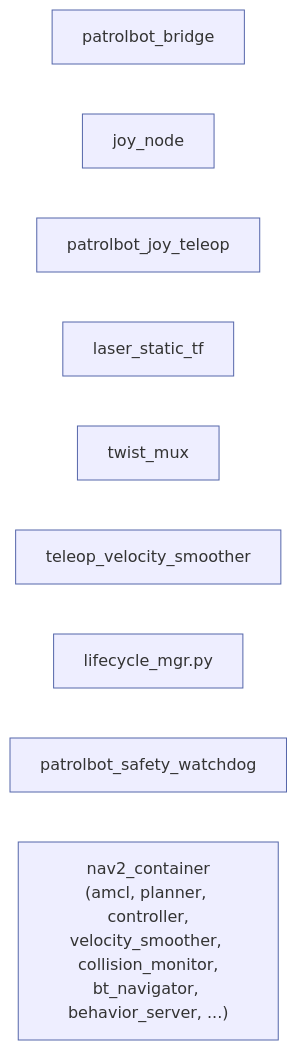
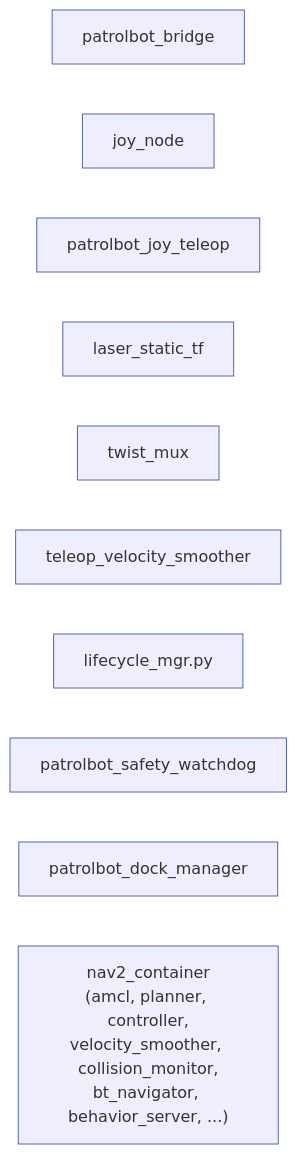
One commit to cmu-impactlab/patrolbot changed the diagram in docs/ros2/nodes.md. Above: the diagram before and after it, drawn with Mermaid. The commit also changed other lines of this file and 38 other files, not shown here.

````diff
--- a/docs/ros2/nodes.md
+++ b/docs/ros2/nodes.md
@@ -16,13 +16,14 @@
 ```mermaid
 flowchart LR
     BR["patrolbot_bridge"]:::pi
     JOY["joy_node"]:::pi
     JT["patrolbot_joy_teleop"]:::pi
     LTF["laser_static_tf"]:::pi
     TM["twist_mux"]:::pi
     TVS["teleop_velocity_smoother"]:::pi
     LC["lifecycle_mgr.py"]:::pi
     SW["patrolbot_safety_watchdog"]:::pi
+    DM["patrolbot_dock_manager"]:::pi
     NAV["nav2_container\n(amcl, planner, controller,\nvelocity_smoother, collision_monitor,\nbt_navigator, behavior_server, ...)"]:::pi
     classDef pi fill:#eef,stroke:#5566aa;
 ```
````
